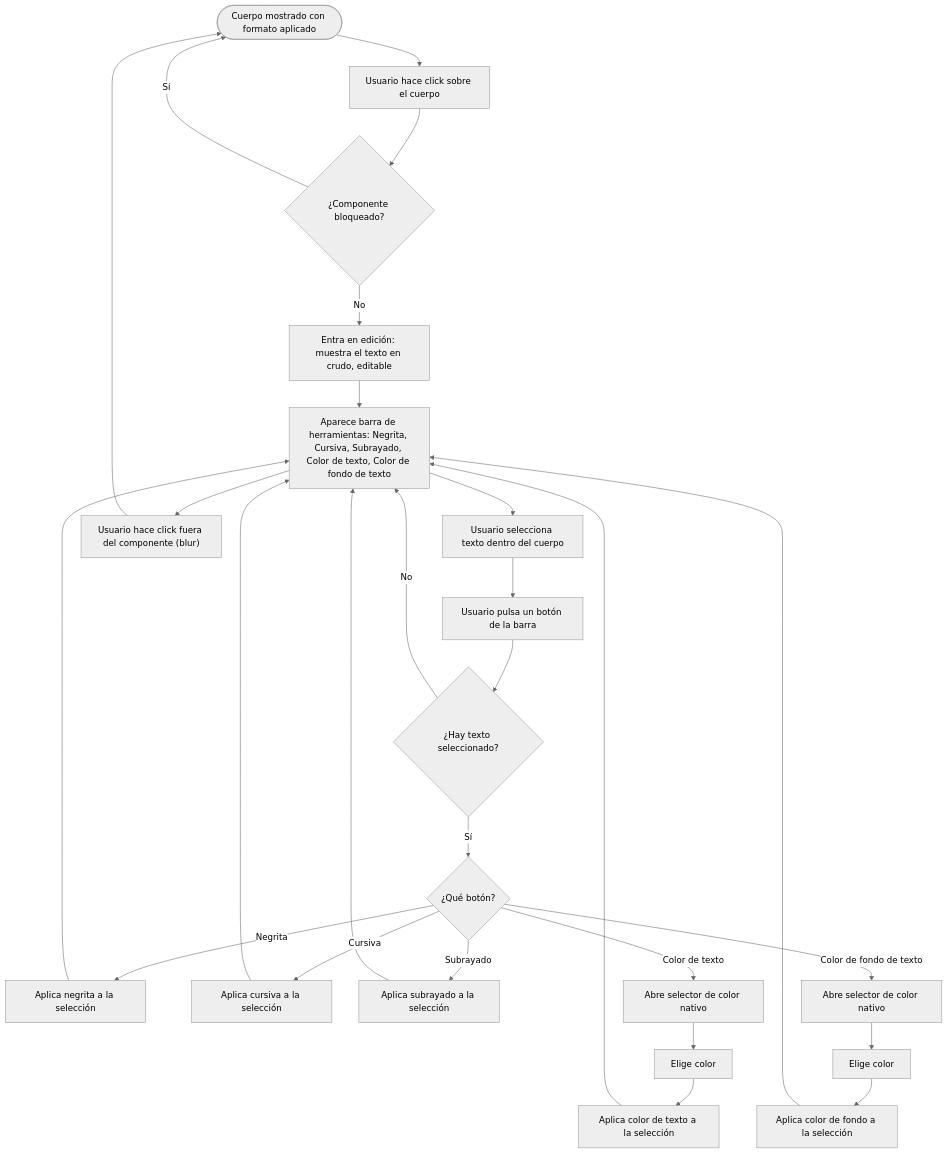
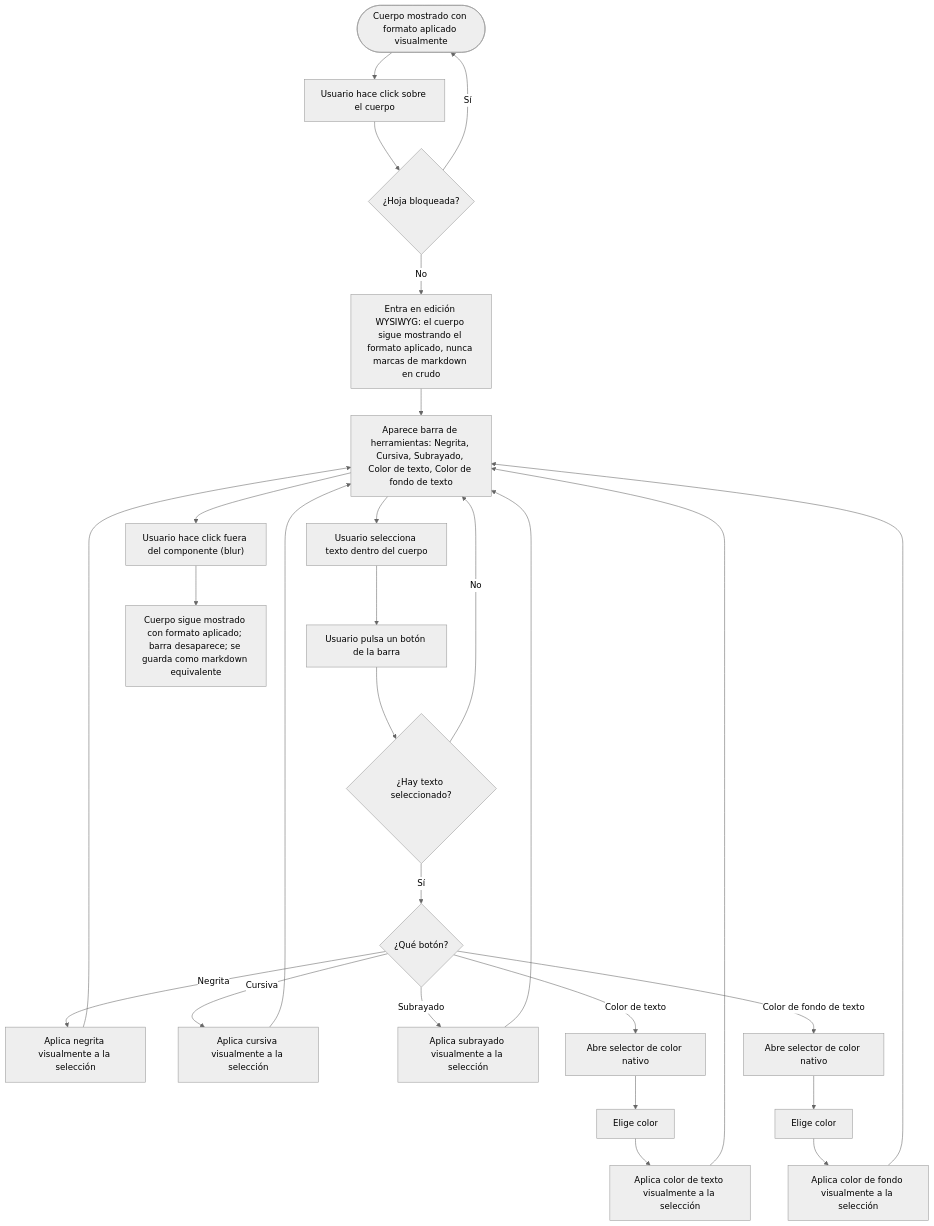
One commit to yeyopepe/bgfactory changed the diagram in changes/inProgress/00196/description.md. Above: the diagram before and after it, drawn with Mermaid (neutral theme). The commit also changed other lines of this file and 9 other files, not shown here.

````diff
--- a/changes/inProgress/00196/description.md
+++ b/changes/inProgress/00196/description.md
@@ -30,29 +63,29 @@
 ```mermaid
 flowchart TD
-    A(["Cuerpo mostrado con formato aplicado"]) --> B["Usuario hace click sobre el cuerpo"]
-    B --> C{"¿Componente bloqueado?"}
+    A(["Cuerpo mostrado con formato aplicado visualmente"]) --> B["Usuario hace click sobre el cuerpo"]
+    B --> C{"¿Hoja bloqueada?"}
     C -->|Sí| A
-    C -->|No| D["Entra en edición: muestra el texto en crudo, editable"]
+    C -->|No| D["Entra en edición WYSIWYG: el cuerpo sigue mostrando el formato aplicado, nunca marcas de markdown en crudo"]
     D --> E["Aparece barra de herramientas: Negrita, Cursiva, Subrayado, Color de texto, Color de fondo de texto"]
     E --> F["Usuario selecciona texto dentro del cuerpo"]
     F --> G["Usuario pulsa un botón de la barra"]
     G --> H{"¿Hay texto seleccionado?"}
     H -->|No| E
     H -->|Sí| I{"¿Qué botón?"}
-    I -->|Negrita| J["Aplica negrita a la selección"]
-    I -->|Cursiva| K["Aplica cursiva a la selección"]
-    I -->|Subrayado| L["Aplica subrayado a la selección"]
+    I -->|Negrita| J["Aplica negrita visualmente a la selección"]
+    I -->|Cursiva| K["Aplica cursiva visualmente a la selección"]
+    I -->|Subrayado| L["Aplica subrayado visualmente a la selección"]
     I -->|Color de texto| M["Abre selector de color nativo"]
     I -->|Color de fondo de texto| N["Abre selector de color nativo"]
     M --> O["Elige color"]
     N --> P["Elige color"]
-    O --> Q["Aplica color de texto a la selección"]
-    P --> R["Aplica color de fondo a la selección"]
+    O --> Q["Aplica color de texto visualmente a la selección"]
+    P --> R["Aplica color de fondo visualmente a la selección"]
     J --> E
     K --> E
     L --> E
     Q --> E
     R --> E
     E --> S["Usuario hace click fuera del componente (blur)"]
-    S --> A
+    S --> T["Cuerpo sigue mostrado con formato aplicado; barra desaparece; se guarda como markdown equivalente"]
 ```
````
